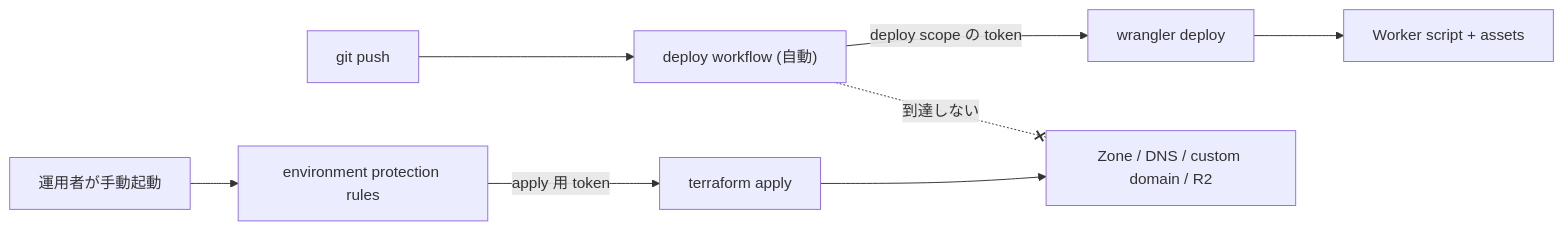
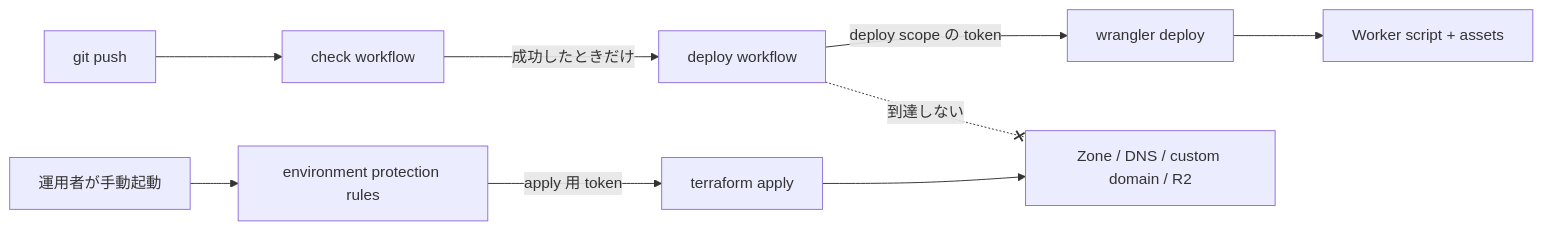
One commit to Fukuemon/fukuemon.dev changed the diagram in context/infrastructure.md. Above: the diagram before and after it, drawn with Mermaid. The commit also changed other lines of this file, not shown here.

````diff
--- a/context/infrastructure.md
+++ b/context/infrastructure.md
@@ -32,10 +32,11 @@
 ```mermaid
 flowchart LR
-    push["git push"] --> ci["deploy workflow (自動)"]
+    push["git push"] --> chk["check workflow"]
+    chk -->|"成功したときだけ"| ci["deploy workflow"]
     ci -->|"deploy scope の token"| wd["wrangler deploy"]
     wd --> worker["Worker script + assets"]
     manual["運用者が手動起動"] --> env["environment protection rules"]
     env -->|"apply 用 token"| tf["terraform apply"]
     tf --> base["Zone / DNS / custom domain / R2"]
     ci -. "到達しない" .-x base
 ```
````
